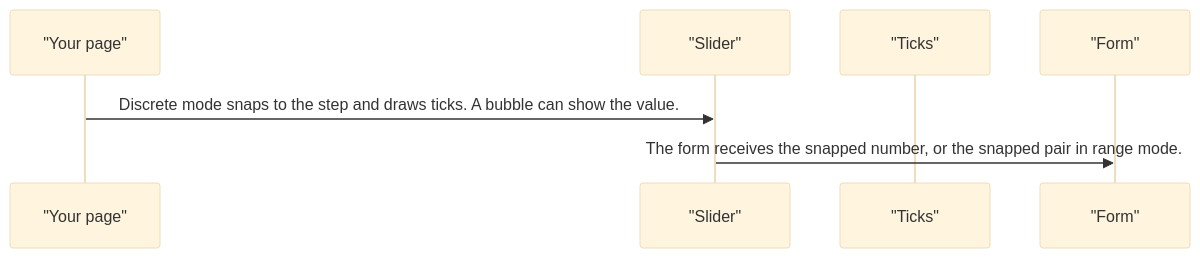
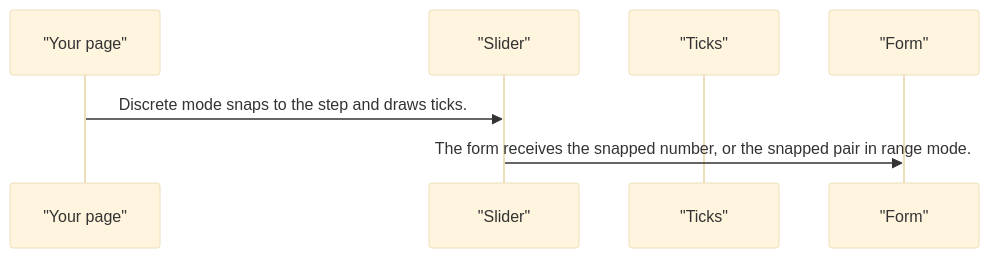
Before and after one commit to RajshekharBorate/pixel-ui: the fourth of 4 diagrams in projects/pixel-ui/src/lib/pixel-slider/DESIGN.md, drawn with Mermaid (base theme). The commit also changed other lines of this file and 80 other files, not shown here.

Commit message:
Fill missing design flows and correct the stories that did not match component behavior.

````diff
--- a/projects/pixel-ui/src/lib/pixel-slider/DESIGN.md
+++ b/projects/pixel-ui/src/lib/pixel-slider/DESIGN.md
@@ -77,9 +77,9 @@
 ```mermaid
 sequenceDiagram
   participant page as "Your page"
   participant slider as "Slider"
   participant ticks as "Ticks"
   participant form as "Form"
-  page->>slider: Discrete mode snaps to the step and draws ticks. A bubble can show the value.
+  page->>slider: Discrete mode snaps to the step and draws ticks.
   slider->>form: The form receives the snapped number, or the snapped pair in range mode.
 ```
````
